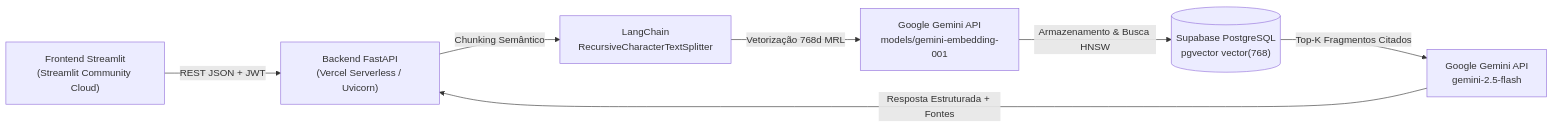
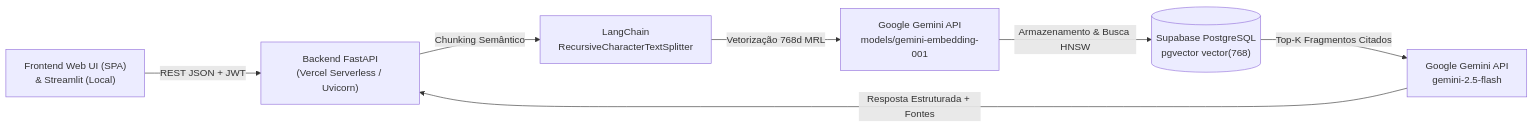
One commit to olvrq/ai-knowledge-assistant-rag changed the diagram in README.md. Above: the diagram before and after it, drawn with Mermaid. The commit also changed other lines of this file and 4 other files, not shown here.

Commit message:
feat(vercel): centraliza deploy completo (Frontend Web UI + FastAPI RAG) na Vercel

````diff
--- a/README.md
+++ b/README.md
@@ -40,9 +40,9 @@
 ```mermaid
 flowchart LR
-    UI["Frontend Streamlit\n(Streamlit Community Cloud)"] -->|REST JSON + JWT| API["Backend FastAPI\n(Vercel Serverless / Uvicorn)"]
+    UI["Frontend Web UI (SPA)\n& Streamlit (Local)"] -->|REST JSON + JWT| API["Backend FastAPI\n(Vercel Serverless / Uvicorn)"]
     API -->|Chunking Semântico| LC["LangChain\nRecursiveCharacterTextSplitter"]
     LC -->|Vetorização 768d MRL| EMB["Google Gemini API\nmodels/gemini-embedding-001"]
     EMB -->|Armazenamento & Busca HNSW| DB[("Supabase PostgreSQL\npgvector vector(768)")]
     DB -->|Top-K Fragmentos Citados| LLM["Google Gemini API\ngemini-2.5-flash"]
     LLM -->|Resposta Estruturada + Fontes| API
 ```
````
